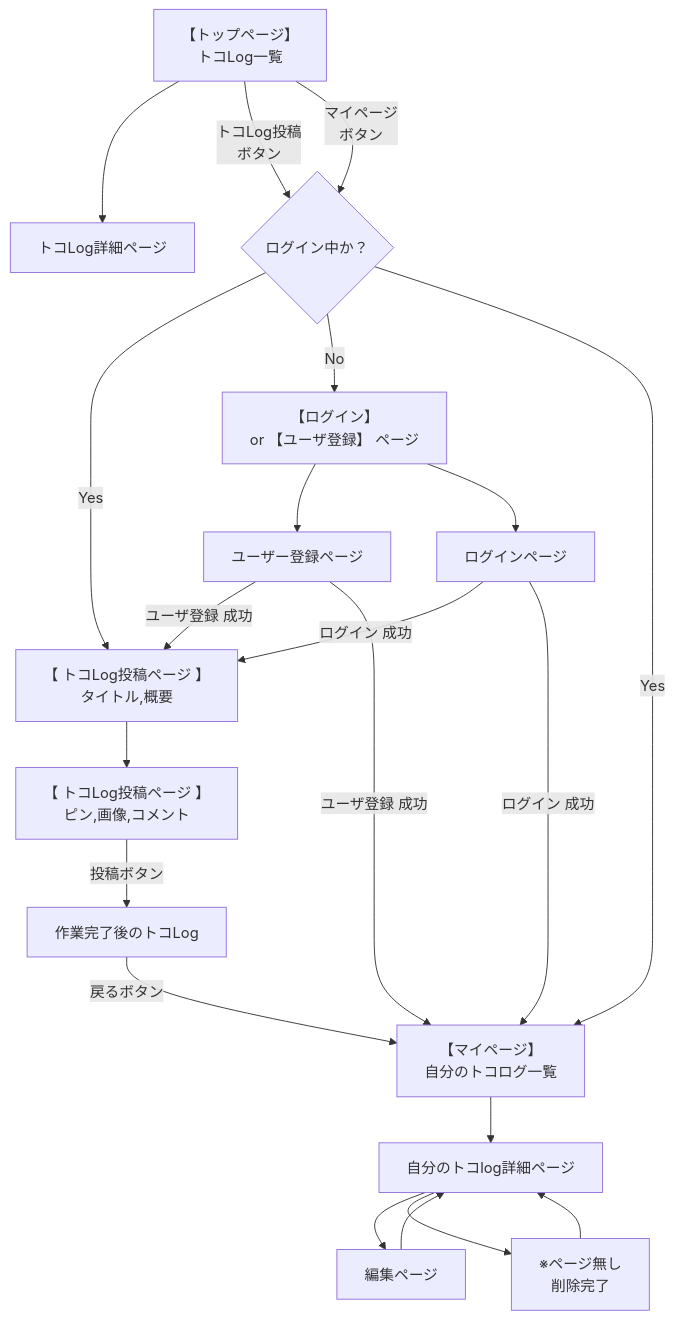
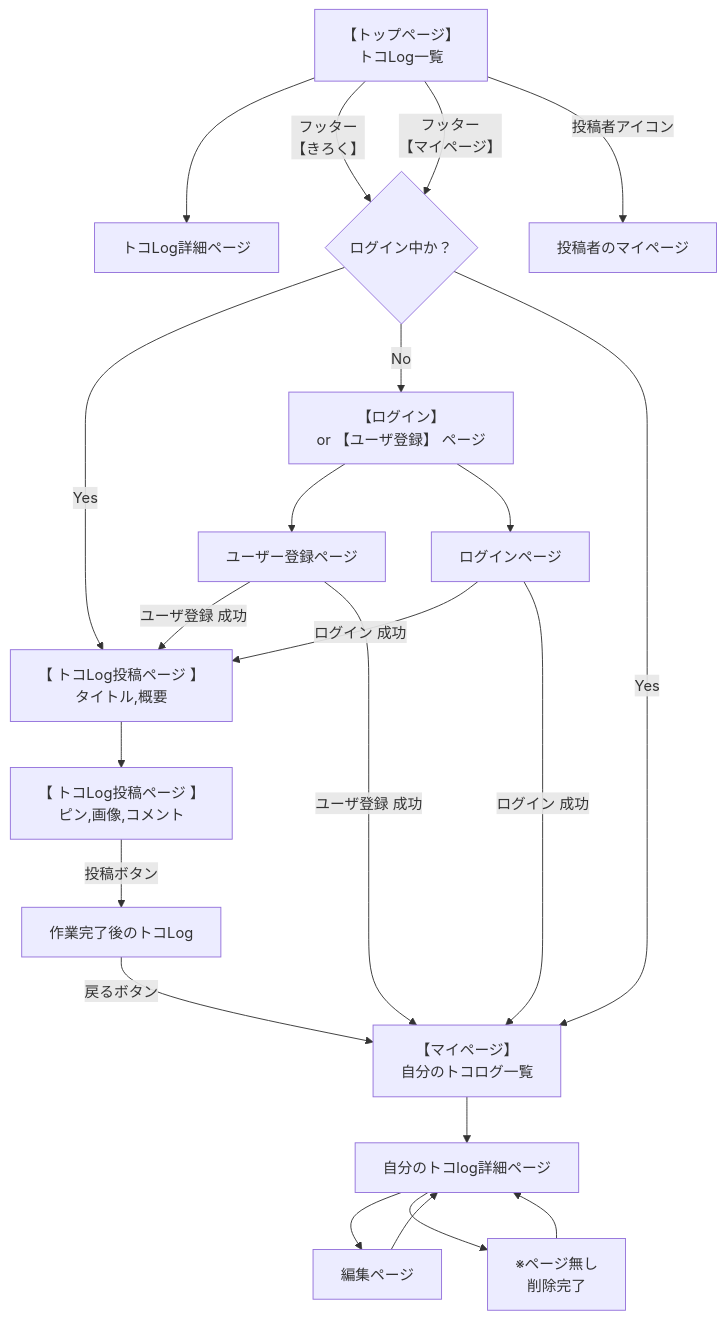
One commit to peppei20240408/toko-toko-log changed the diagram in README.md. Above: the diagram before and after it, drawn with Mermaid.

````diff
--- a/README.md
+++ b/README.md
@@ -74,27 +74,24 @@
 ```mermaid
 graph TD
-  %% TopPage[【トップページ】 <br> トコLog一覧] --> TokoLogsNew[【 トコLog投稿ページ 】 <br> タイトル,概要]
   TopPage[【トップページ】 <br> トコLog一覧] --> TokoLogShow[トコLog詳細ページ]
   TokoLogsNew[【 トコLog投稿ページ 】 <br> タイトル,概要] --> PinsNew[【 トコLog投稿ページ 】 <br> ピン,画像,コメント]
   PinsNew -->|投稿ボタン| CompTokoLogShow[作業完了後のトコLog]
   CompTokoLogShow -->|戻るボタン| MyPage
-  TopPage -->|トコLog投稿 <br> ボタン| A{ログイン中か？}
+  TopPage -->|フッター <br> 【きろく】| A{ログイン中か？}
   A -- Yes --> TokoLogsNew
   A -- No --> LoginORSignUp[【ログイン】 <br> or 【ユーザ登録】 ページ]
   LoginORSignUp --> SignUp[ユーザー登録ページ]
   SignUp -->|ユーザ登録 成功| TokoLogsNew
   LoginORSignUp --> LogIn[ログインページ]
   LogIn -->|ログイン 成功| TokoLogsNew
-
-  TopPage -->|マイページ <br> ボタン| A{ログイン中か？}
+  TopPage -->|フッター <br> 【マイページ】| A{ログイン中か？}
   A -- Yes --> MyPage[【マイページ】 <br> 自分のトコログ一覧]
   SignUp -->|ユーザ登録 成功| MyPage
   LogIn -->|ログイン 成功| MyPage
-
-  
   MyPage --> MyTokoLogShow[自分のトコlog詳細ページ]
   MyTokoLogShow --> Edit[編集ページ]
   Edit --> MyTokoLogShow
   MyTokoLogShow -->  Delete[※ページ無し <br> 削除完了]
   Delete --> MyTokoLogShow
+  TopPage -->|投稿者アイコン| ContributorsPage[投稿者のマイページ]
 ```
````
